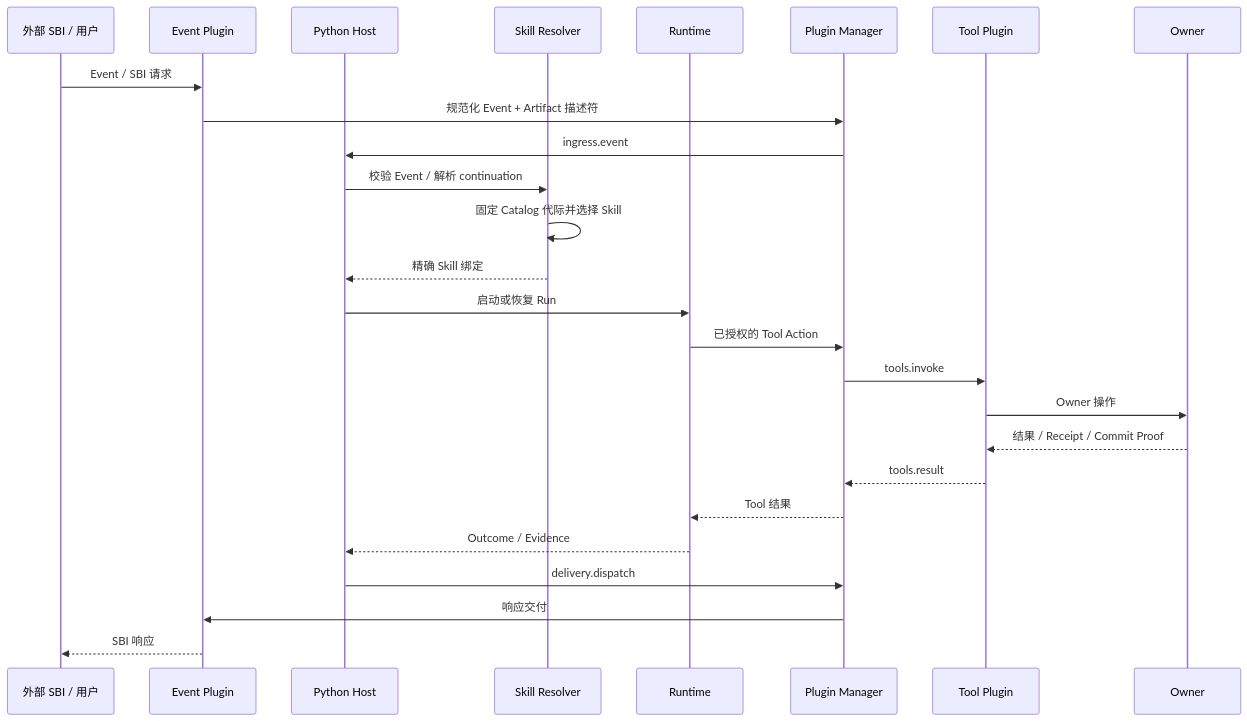
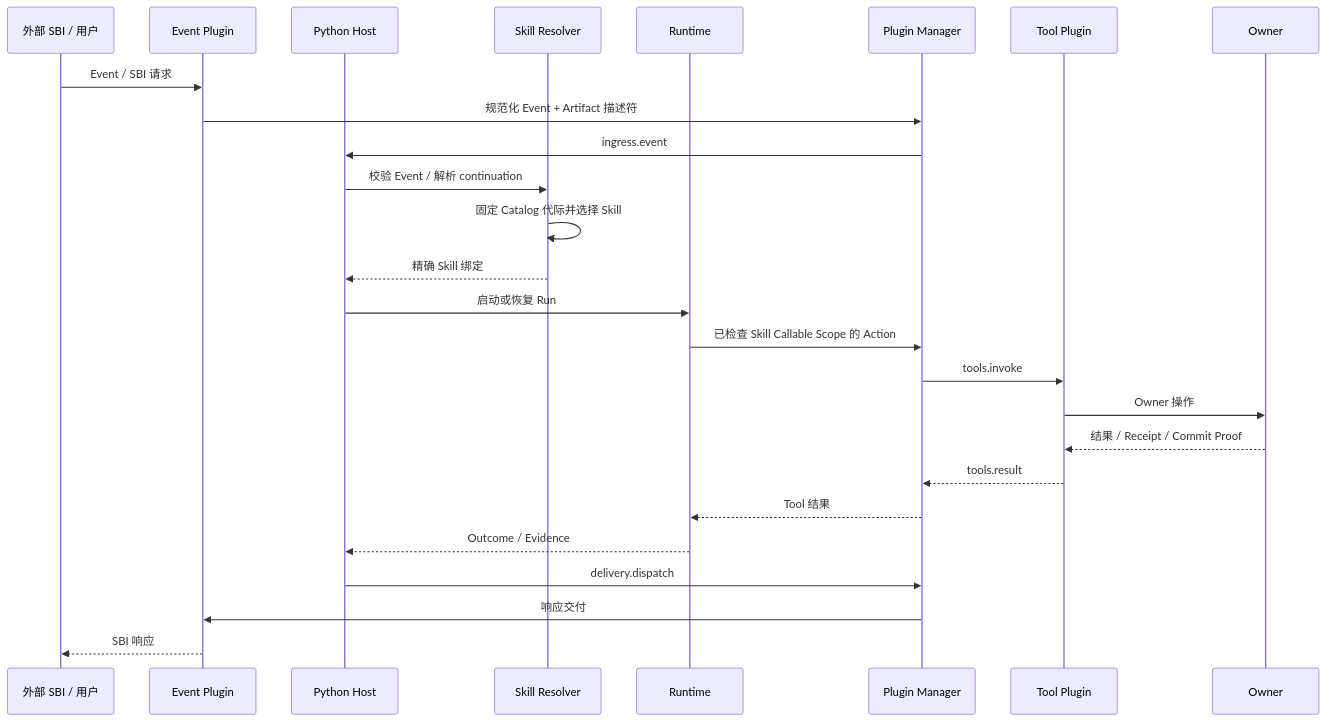
Before and after one commit to odango-chan/ca-agent-next: the second of 2 diagrams in docs/架构设计/CA Agent Next 架构设计.md, drawn with Mermaid. The commit also changed other lines of this file, not shown here.

Commit message:
docs: align architecture with published Artifact consumption

```diff
--- a/docs/架构设计/CA Agent Next 架构设计.md
+++ b/docs/架构设计/CA Agent Next 架构设计.md
@@ -162,28 +158,28 @@
 ~~~mermaid
 sequenceDiagram
   participant X as 外部 SBI / 用户
   participant P as Event Plugin
   participant H as Python Host
   participant S as Skill Resolver
   participant R as Runtime
   participant M as Plugin Manager
   participant T as Tool Plugin
   participant O as Owner
   X->>P: Event / SBI 请求
   P->>M: 规范化 Event + Artifact 描述符
   M->>H: ingress.event
   H->>S: 校验 Event / 解析 continuation
   S->>S: 固定 Catalog 代际并选择 Skill
   S-->>H: 精确 Skill 绑定
   H->>R: 启动或恢复 Run
-  R->>M: 已授权的 Tool Action
+  R->>M: 已检查 Skill Callable Scope 的 Action
   M->>T: tools.invoke
   T->>O: Owner 操作
   O-->>T: 结果 / Receipt / Commit Proof
   T-->>M: tools.result
   M-->>R: Tool 结果
   R-->>H: Outcome / Evidence
   H->>M: delivery.dispatch
   M->>P: 响应交付
   P-->>X: SBI 响应
 ~~~
```
